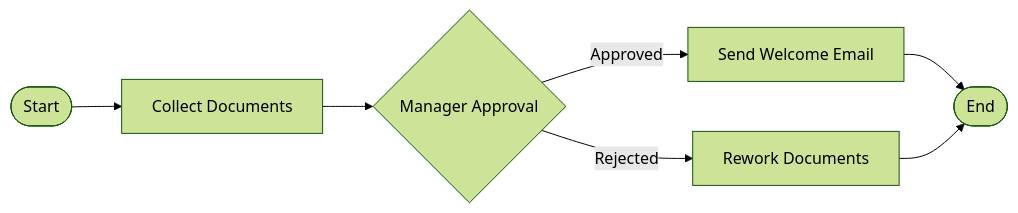
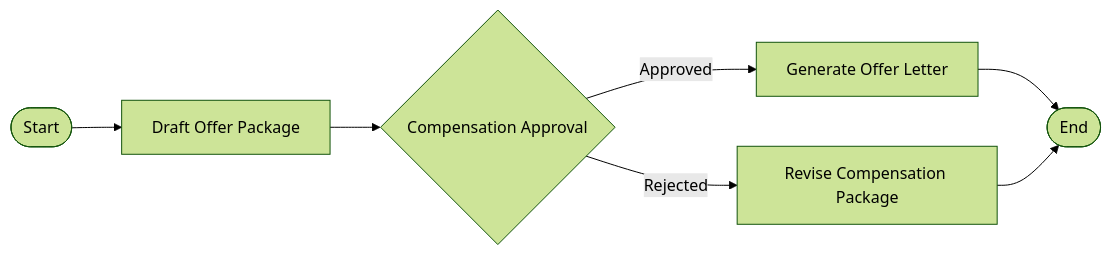
The second of 3 diagrams in README.md (prabhleen003/Work-It), drawn with Mermaid (forest theme) before and after one commit. The commit also changed other lines of this file and 16 other files, not shown here.

Commit message:
polish workflow designer UI and sample flow

````diff
--- a/README.md
+++ b/README.md
@@ -102,9 +102,9 @@
 ```mermaid
 flowchart LR
-    S([Start]) --> T[Collect Documents]
-    T --> A{Manager Approval}
-    A -->|Approved| M[Send Welcome Email]
-    A -->|Rejected| R[Rework Documents]
+    S([Start]) --> T[Draft Offer Package]
+    T --> A{Compensation Approval}
+    A -->|Approved| M[Generate Offer Letter]
+    A -->|Rejected| R[Revise Compensation Package]
     M --> E([End])
     R --> E
 ```
````
